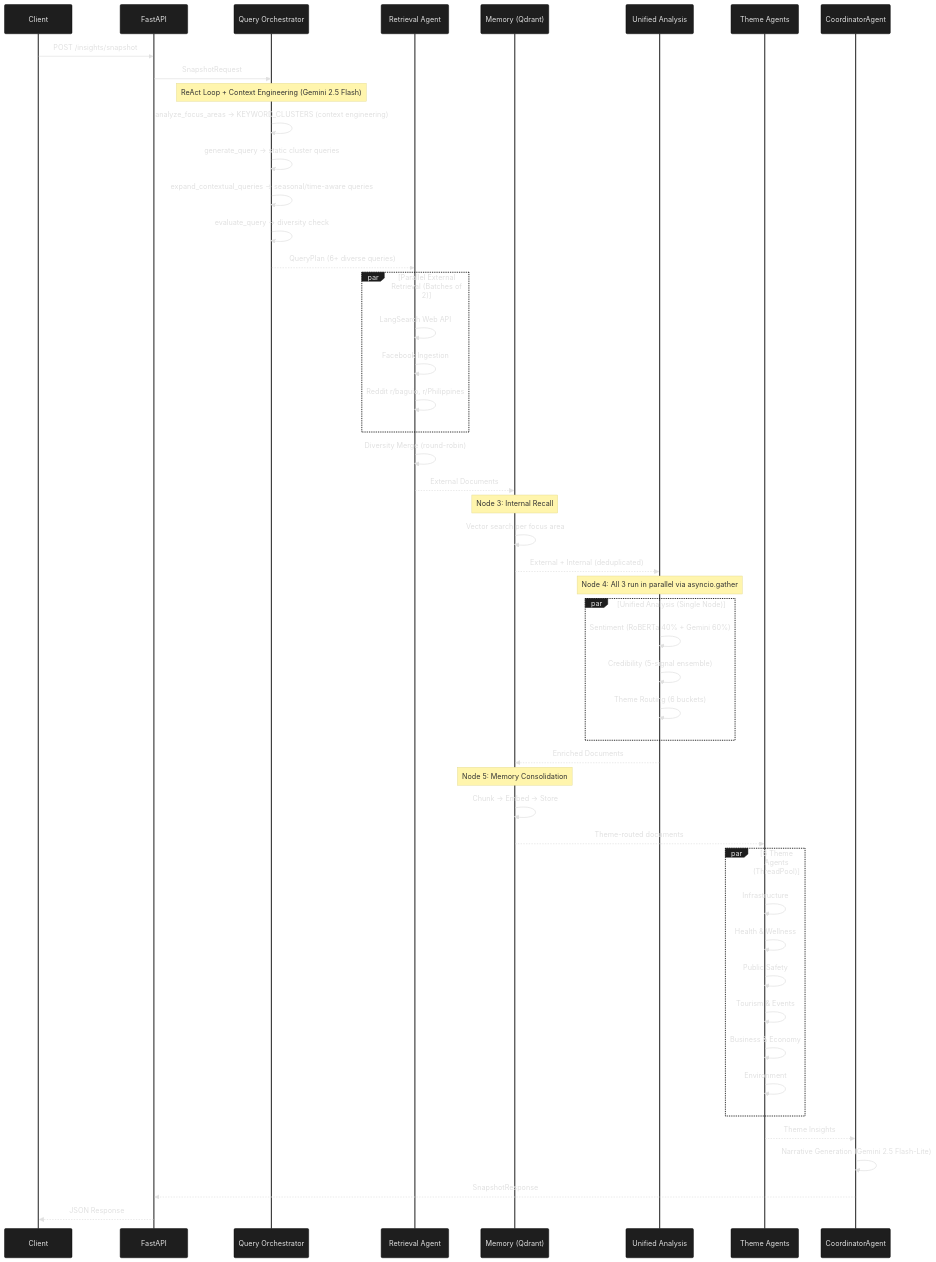
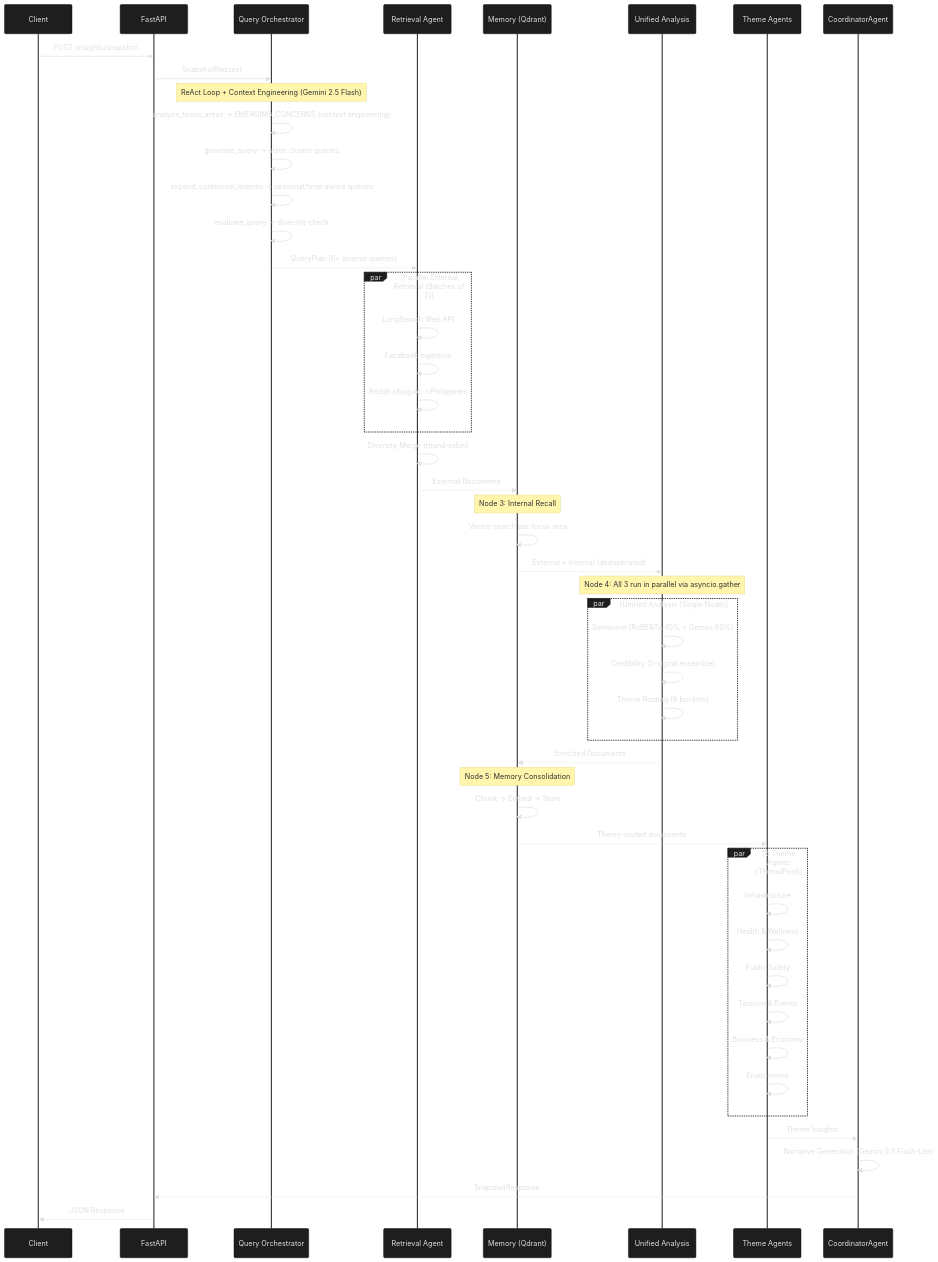
The fourth of 10 diagrams in docs/ARCHITECTURE.md (donyelqt/Hinaing), drawn with Mermaid before and after one commit. The commit also changed other lines of this file and 3 other files, not shown here.

First line of the commit message:
docs: rename KEYWORD_CLUSTERS to EMERGING_CONCERNS in architecture docs

````diff
--- a/docs/ARCHITECTURE.md
+++ b/docs/ARCHITECTURE.md
@@ -631,68 +631,68 @@
 ```mermaid
 %%{init: {'theme': 'base', 'themeVariables': {
   'primaryColor': '#1e1e1e',
   'primaryTextColor': '#e0e0e0',
   'secondaryColor': '#2d2d2d',
   'primaryFontSize': '14px',
   'secondaryFontSize': '12px',
   'actorBackgroundColor': '#1e1e1e',
   'actorBorderColor': '#e0e0e0'
  }}}%%
 sequenceDiagram
     participant Client
     participant API as FastAPI
     participant QO as Query Orchestrator
     participant RA as Retrieval Agent
     participant MEM as Memory (Qdrant)
     participant ANALYZE as Unified Analysis
     participant TA as Theme Agents
     participant GC as CoordinatorAgent
 
     Client->>API: POST /insights/snapshot
     API->>QO: SnapshotRequest
     
     Note over QO: ReAct Loop + Context Engineering (Gemini 2.5 Flash)
-    QO->>QO: analyze_focus_areas → KEYWORD_CLUSTERS (context engineering)
+    QO->>QO: analyze_focus_areas → EMERGING_CONCERNS (context engineering)
     QO->>QO: generate_query → static cluster queries
     QO->>QO: expand_contextual_queries → seasonal/time-aware queries
     QO->>QO: evaluate_query → diversity check
     QO-->>RA: QueryPlan (6+ diverse queries)
 
     par Parallel External Retrieval (Batches of 2)
         RA->>RA: LangSearch Web API
         RA->>RA: Facebook Ingestion
         RA->>RA: Reddit r/baguio, r/Philippines
     end
     RA->>RA: Diversity Merge (round-robin)
     RA-->>MEM: External Documents
 
     Note over MEM: Node 3: Internal Recall
     MEM->>MEM: Vector search per focus area
     MEM-->>ANALYZE: External + Internal (deduplicated)
 
     Note over ANALYZE: Node 4: All 3 run in parallel via asyncio.gather
     par Unified Analysis (Single Node)
         ANALYZE->>ANALYZE: Sentiment (RoBERTa 40% + Gemini 60%)
         ANALYZE->>ANALYZE: Credibility (5-signal ensemble)
         ANALYZE->>ANALYZE: Theme Routing (6 buckets)
     end
     ANALYZE-->>MEM: Enriched Documents
 
     Note over MEM: Node 5: Memory Consolidation
     MEM->>MEM: Chunk → Embed → Store
     MEM-->>TA: Theme-routed documents
 
     par 6 Theme Agents (ThreadPool)
         TA->>TA: Infrastructure
         TA->>TA: Health & Wellness
         TA->>TA: Public Safety
         TA->>TA: Tourism & Events
         TA->>TA: Business & Economy
         TA->>TA: Environment
     end
     TA-->>GC: Theme Insights
 
     GC->>GC: Narrative Generation (Gemini 2.5 Flash-Lite)
     GC-->>API: SnapshotResponse
     API-->>Client: JSON Response
 ```
````
